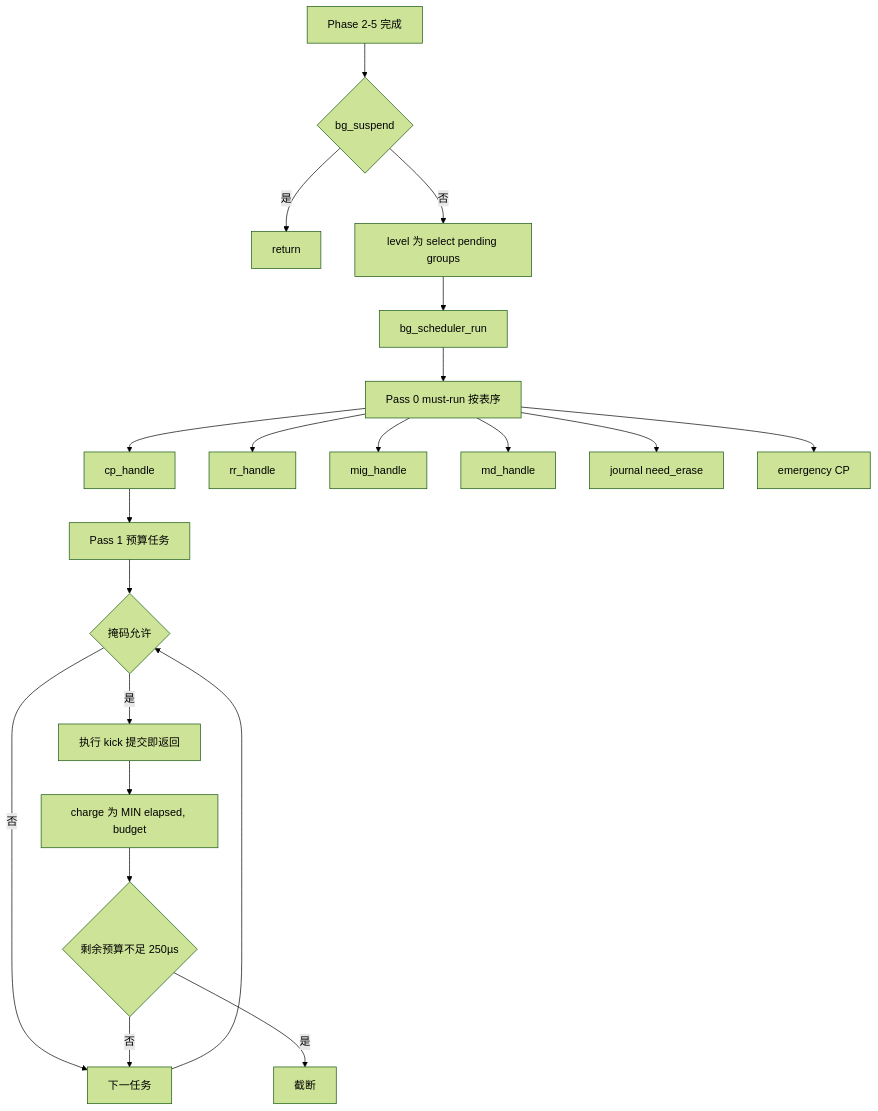
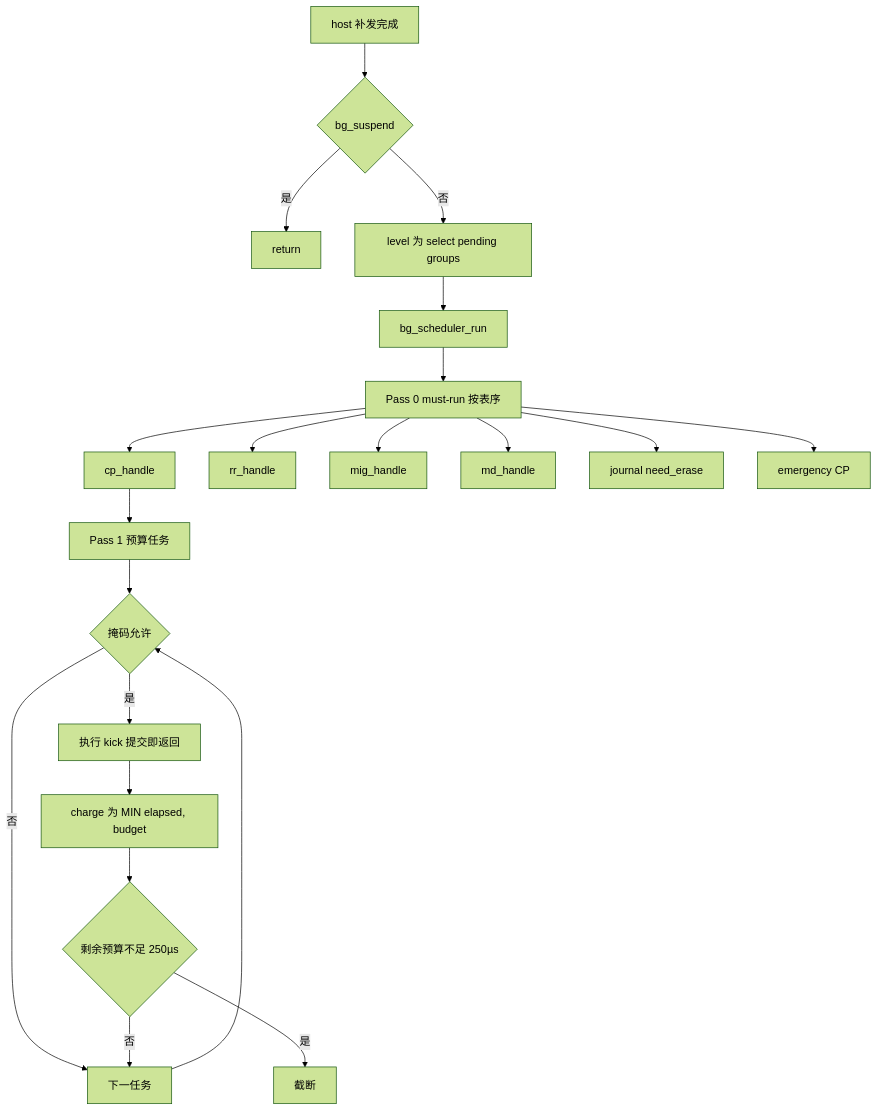
One commit to YzYMIAO/BASESSD changed diagram 33 of 34 in docs/design/ftl_design.md. Above: the diagram before and after it, drawn with Mermaid (forest theme). The commit also changed other lines of this file and 43 other files, not shown here.

````diff
--- a/docs/design/ftl_design.md
+++ b/docs/design/ftl_design.md
@@ -4676,23 +4680,23 @@
 ```mermaid
 flowchart TD
-    A["Phase 2-5 完成"] --> B{"bg_suspend"}
+    A["host 补发完成"] --> B{"bg_suspend"}
     B -- "是" --> Z["return"]
     B -- "否" --> C["level 为 select pending groups"]
     C --> D["bg_scheduler_run"]
     D --> E["Pass 0 must-run 按表序"]
     E --> E1["cp_handle"]
     E --> E2["rr_handle"]
     E --> E3["mig_handle"]
     E --> E4["md_handle"]
     E --> E5["journal need_erase"]
     E --> E6["emergency CP"]
     E1 --> F["Pass 1 预算任务"]
     F --> F1{"掩码允许"}
     F1 -- "否" --> G["下一任务"]
     F1 -- "是" --> F3["执行 kick 提交即返回"]
     F3 --> F4["charge 为 MIN elapsed, budget"]
     F4 --> F5{"剩余预算不足 250µs"}
     F5 -- "是" --> H["截断"]
     F5 -- "否" --> G
     G --> F1
 ```
````
